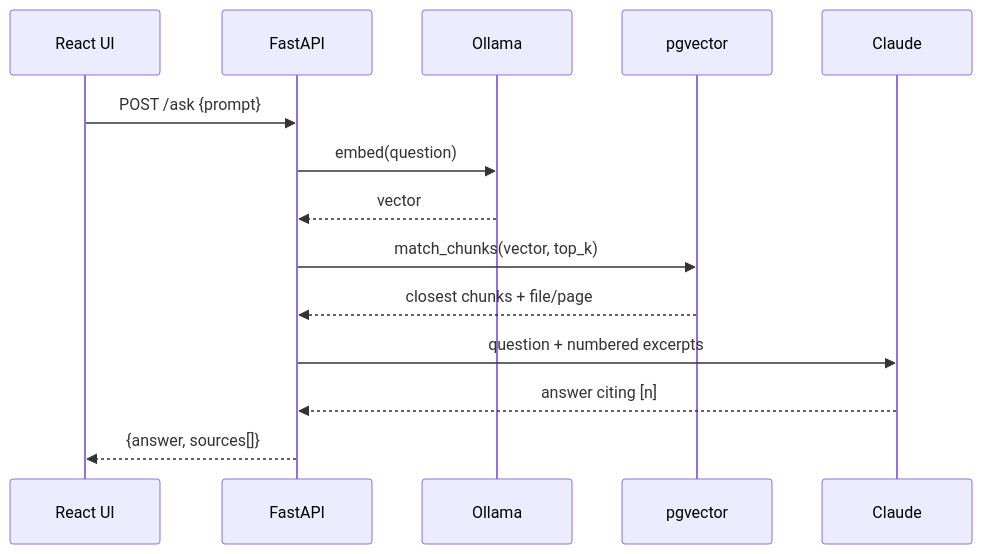
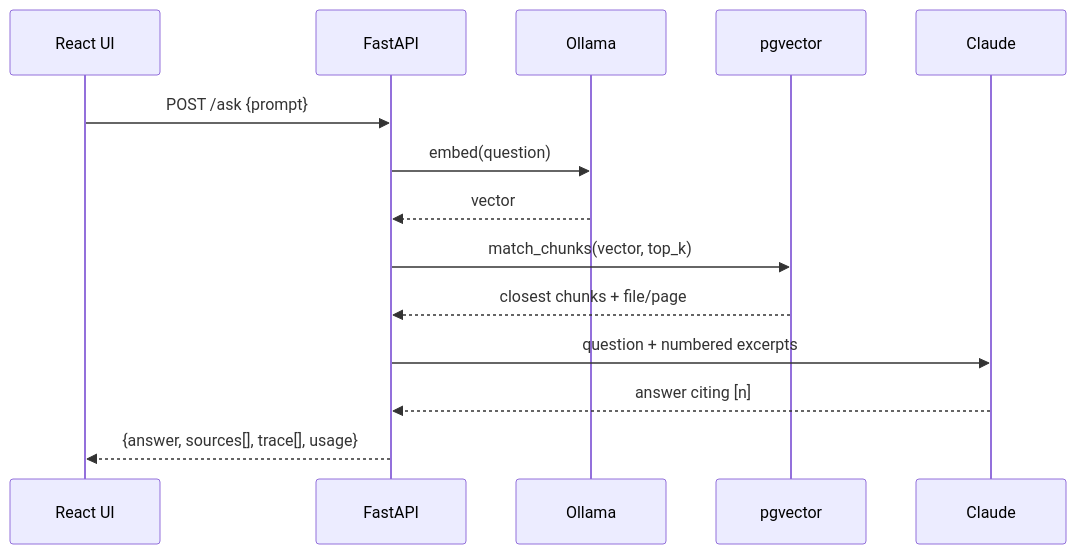
One commit to matheusmqm/pdf-ai-analyzer changed the third of 3 diagrams in README.md. Above: the diagram before and after it, drawn with Mermaid. The commit also changed other lines of this file and 10 other files, not shown here.

````diff
--- a/README.md
+++ b/README.md
@@ -43,16 +105,16 @@
 ```mermaid
 sequenceDiagram
     participant UI as React UI
     participant API as FastAPI
     participant O as Ollama
     participant DB as pgvector
     participant C as Claude
     UI->>API: POST /ask {prompt}
     API->>O: embed(question)
     O-->>API: vector
     API->>DB: match_chunks(vector, top_k)
     DB-->>API: closest chunks + file/page
     API->>C: question + numbered excerpts
     C-->>API: answer citing [n]
-    API-->>UI: {answer, sources[]}
+    API-->>UI: {answer, sources[], trace[], usage}
 ```
````
